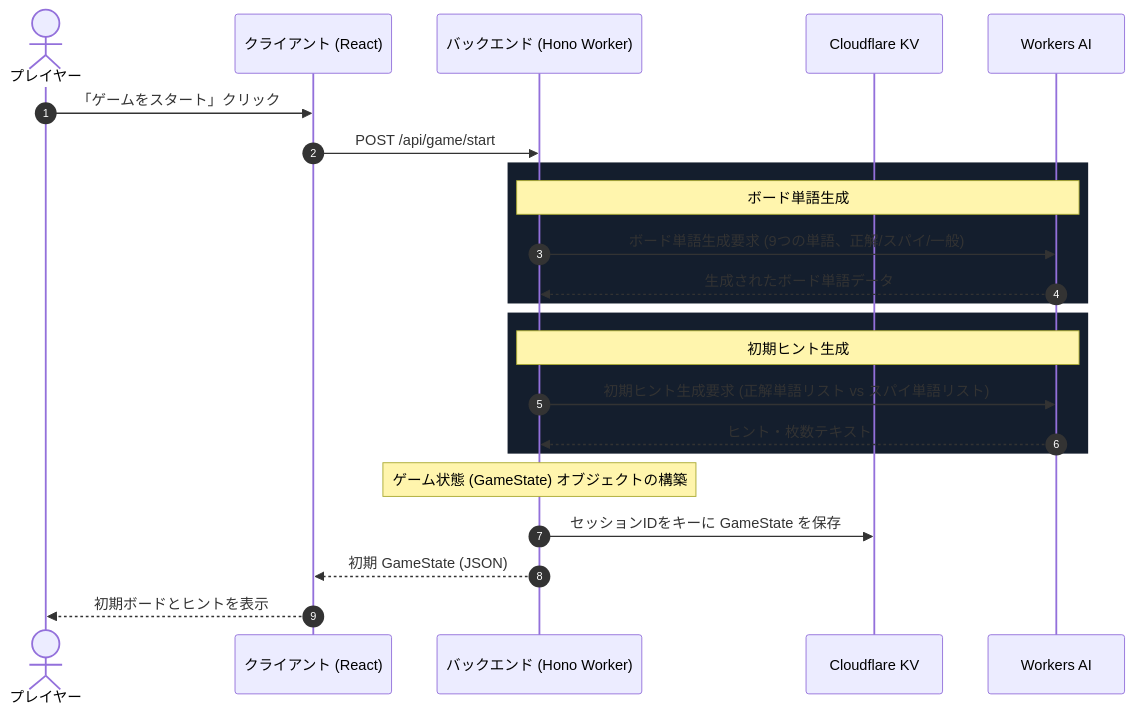
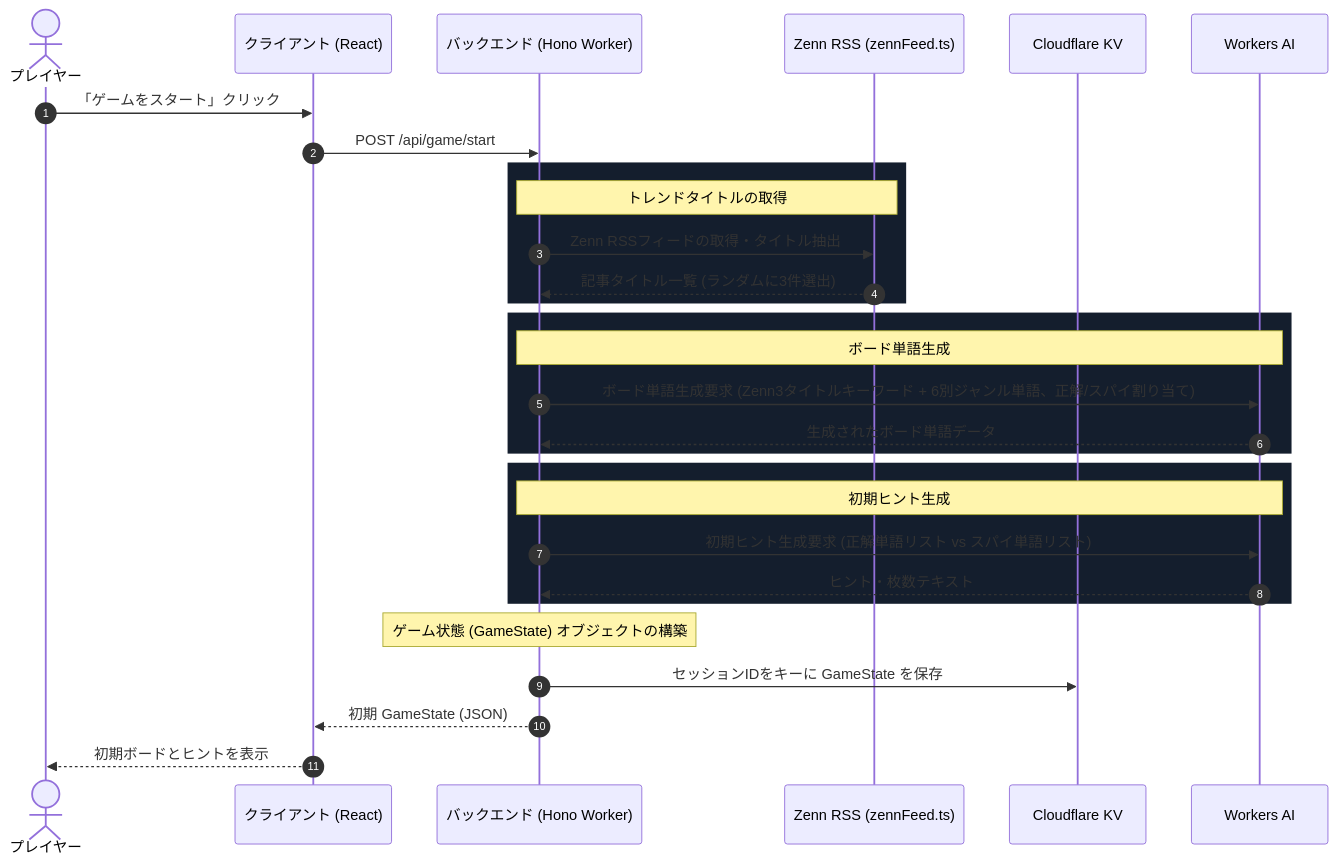
Before and after one commit to Eztas/cloude: the second of 3 diagrams in docs/architecture.md, drawn with Mermaid. The commit also changed other lines of this file and 1 other file, not shown here.

````diff
--- a/docs/architecture.md
+++ b/docs/architecture.md
@@ -80,29 +86,36 @@
 ```mermaid
 sequenceDiagram
     autonumber
     actor User as プレイヤー
     participant Client as クライアント (React)
     participant Worker as バックエンド (Hono Worker)
+    participant Zenn as Zenn RSS (zennFeed.ts)
     participant KV as Cloudflare KV
     participant AI as Workers AI
 
     User ->> Client: 「ゲームをスタート」クリック
     Client ->> Worker: POST /api/game/start
     
     rect rgb(20, 30, 45)
+        Note over Worker, Zenn: トレンドタイトルの取得
+        Worker ->> Zenn: Zenn RSSフィードの取得・タイトル抽出
+        Zenn -->> Worker: 記事タイトル一覧 (ランダムに3件選出)
+    end
+
+    rect rgb(20, 30, 45)
         Note over Worker, AI: ボード単語生成
-        Worker ->> AI: ボード単語生成要求 (9つの単語、正解/スパイ/一般)
+        Worker ->> AI: ボード単語生成要求 (Zenn3タイトルキーワード + 6別ジャンル単語、正解/スパイ割り当て)
         AI -->> Worker: 生成されたボード単語データ
     end
 
     rect rgb(20, 30, 45)
         Note over Worker, AI: 初期ヒント生成
         Worker ->> AI: 初期ヒント生成要求 (正解単語リスト vs スパイ単語リスト)
         AI -->> Worker: ヒント・枚数テキスト
     end
 
     Note over Worker: ゲーム状態 (GameState) オブジェクトの構築
     Worker ->> KV: セッションIDをキーに GameState を保存
     Worker -->> Client: 初期 GameState (JSON)
     Client -->> User: 初期ボードとヒントを表示
 ```
````
